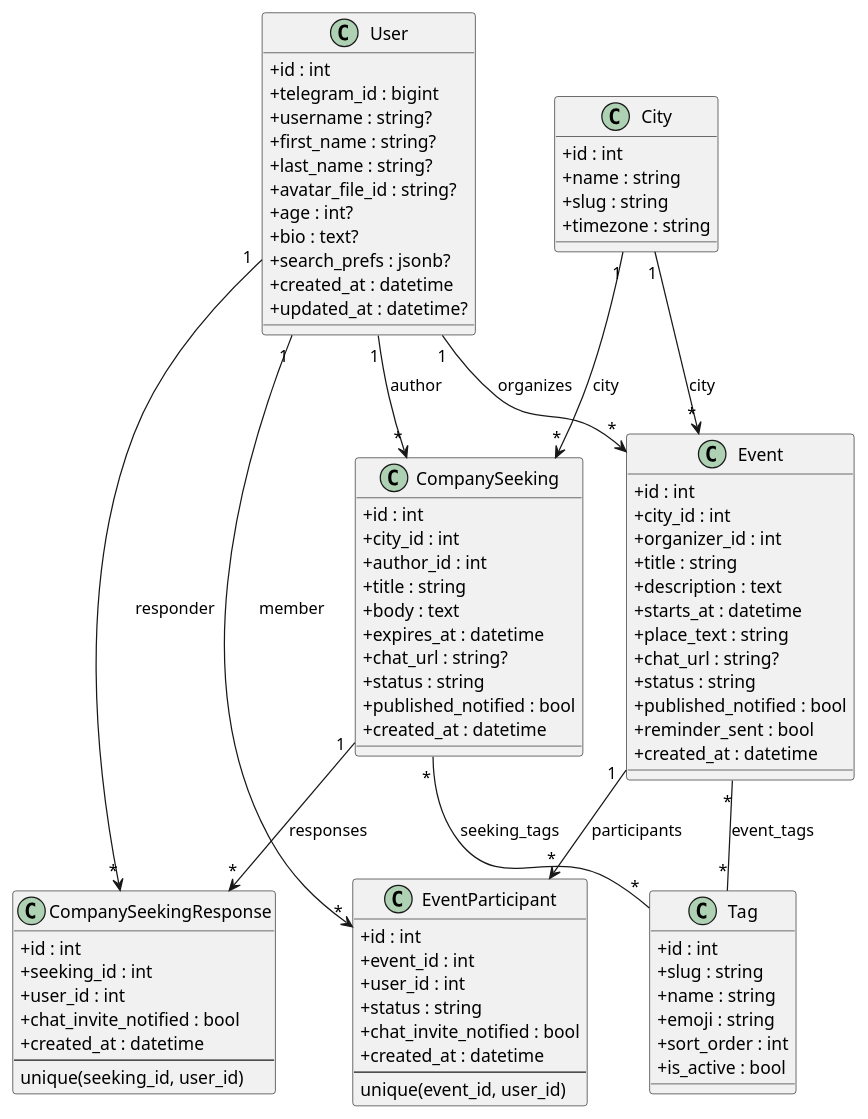
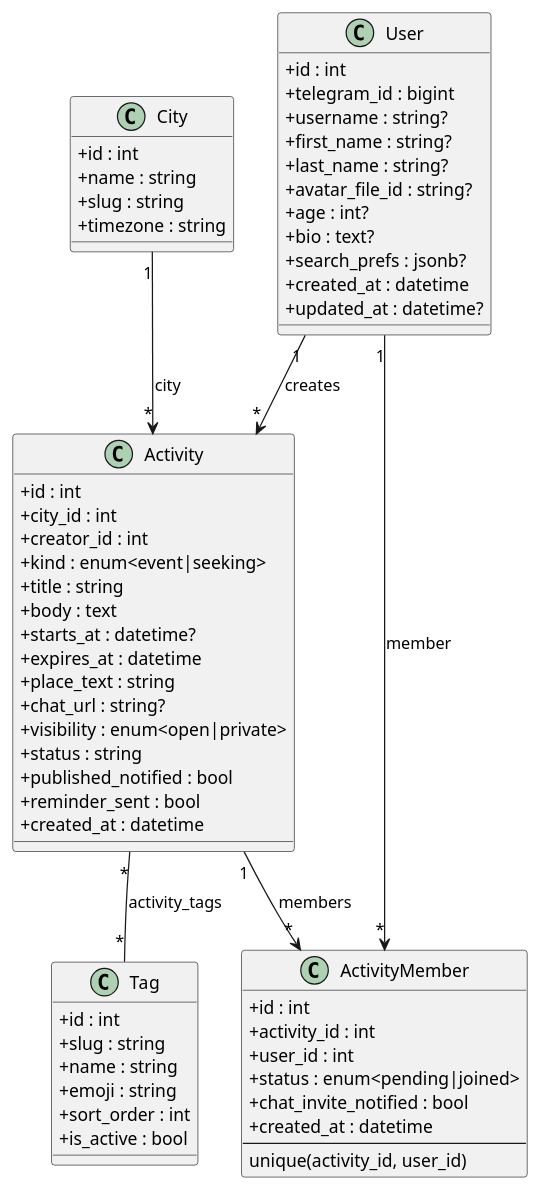
Before and after one commit to dtuminov/go-so-mnoy: the diagram in docs/architecture/domain-model.puml, drawn with PlantUML. The commit also changed 3 other files, not shown here.

```diff
--- a/docs/architecture/domain-model.puml
+++ b/docs/architecture/domain-model.puml
@@ -1,98 +1,70 @@
 @startuml domain-go-so-mnoy
 skinparam classAttributeIconSize 0
 top to bottom direction
 
 class City {
   +id : int
   +name : string
   +slug : string
   +timezone : string
 }
 
 class User {
   +id : int
   +telegram_id : bigint
   +username : string?
   +first_name : string?
   +last_name : string?
   +avatar_file_id : string?
   +age : int?
   +bio : text?
   +search_prefs : jsonb?
   +created_at : datetime
   +updated_at : datetime?
 }
 
-class Event {
+class Activity {
   +id : int
   +city_id : int
-  +organizer_id : int
+  +creator_id : int
+  +kind : enum<event|seeking>
   +title : string
-  +description : text
-  +starts_at : datetime
+  +body : text
+  +starts_at : datetime?
+  +expires_at : datetime
   +place_text : string
   +chat_url : string?
+  +visibility : enum<open|private>
   +status : string
   +published_notified : bool
   +reminder_sent : bool
   +created_at : datetime
 }
 
-class EventParticipant {
+class ActivityMember {
   +id : int
-  +event_id : int
+  +activity_id : int
   +user_id : int
-  +status : string
+  +status : enum<pending|joined>
   +chat_invite_notified : bool
   +created_at : datetime
   --
-  unique(event_id, user_id)
-}
-
-class CompanySeeking {
-  +id : int
-  +city_id : int
-  +author_id : int
-  +title : string
-  +body : text
-  +expires_at : datetime
-  +chat_url : string?
-  +status : string
-  +published_notified : bool
-  +created_at : datetime
-}
-
-class CompanySeekingResponse {
-  +id : int
-  +seeking_id : int
-  +user_id : int
-  +chat_invite_notified : bool
-  +created_at : datetime
-  --
-  unique(seeking_id, user_id)
+  unique(activity_id, user_id)
 }
 
 class Tag {
   +id : int
   +slug : string
   +name : string
   +emoji : string
   +sort_order : int
   +is_active : bool
 }
 
-City "1" --> "*" Event : city
-City "1" --> "*" CompanySeeking : city
-
-User "1" --> "*" Event : organizes
-User "1" --> "*" EventParticipant : member
-User "1" --> "*" CompanySeeking : author
-User "1" --> "*" CompanySeekingResponse : responder
-
-Event "1" --> "*" EventParticipant : participants
-CompanySeeking "1" --> "*" CompanySeekingResponse : responses
-
-Event "*" -- "*" Tag : event_tags
-CompanySeeking "*" -- "*" Tag : seeking_tags
+City "1" --> "*" Activity : city
+User "1" --> "*" Activity : creates
+User "1" --> "*" ActivityMember : member
+Activity "1" --> "*" ActivityMember : members
+Activity "*" -- "*" Tag : activity_tags
 
 @enduml
```
